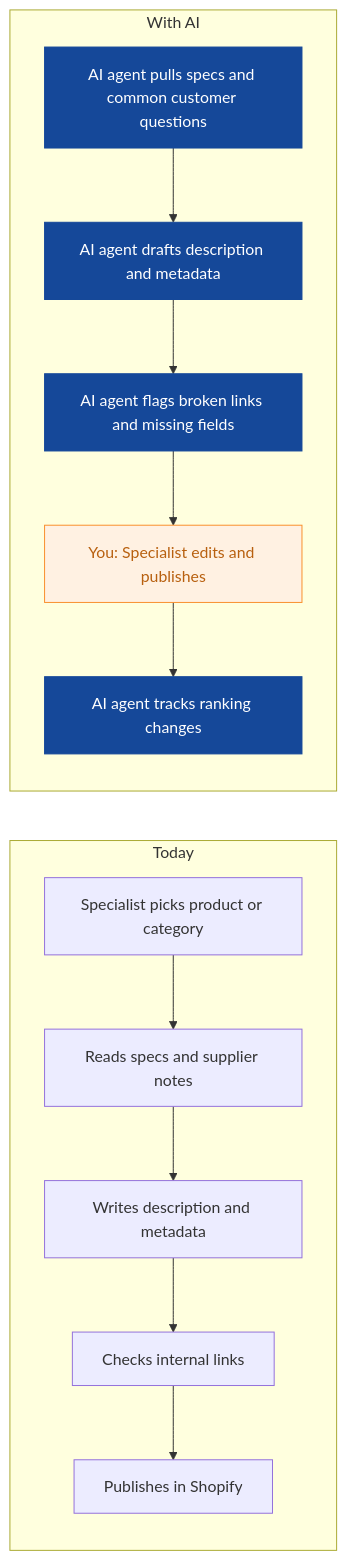
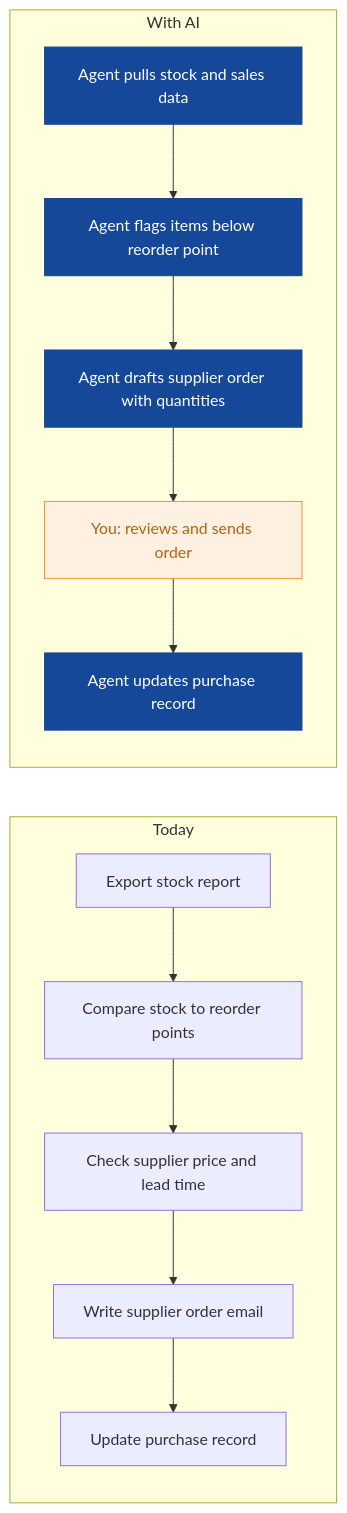
One commit to nexibeo/Complete-AI-Strategy changed the fifth of 8 diagrams in strategies/tidewell-outdoor.md. Above: the diagram before and after it, drawn with Mermaid. The commit also changed other lines of this file and 26 other files, not shown here.

````diff
--- a/strategies/tidewell-outdoor.md
+++ b/strategies/tidewell-outdoor.md
@@ -191,23 +168,23 @@
 ```mermaid
 flowchart LR
   subgraph Today
-    B0["Specialist picks product or category"]
-    B1["Reads specs and supplier notes"]
-    B2["Writes description and metadata"]
-    B3["Checks internal links"]
-    B4["Publishes in Shopify"]
+    B0["Export stock report"]
+    B1["Compare stock to reorder points"]
+    B2["Check supplier price and lead time"]
+    B3["Write supplier order email"]
+    B4["Update purchase record"]
     B0 --> B1 --> B2 --> B3 --> B4
   end
   subgraph WithAI[With AI]
-    A0["AI agent pulls specs and common customer questions"]
-    A1["AI agent drafts description and metadata"]
-    A2["AI agent flags broken links and missing fields"]
-    A3["You: Specialist edits and publishes"]
-    A4["AI agent tracks ranking changes"]
+    A0["Agent pulls stock and sales data"]
+    A1["Agent flags items below reorder point"]
+    A2["Agent drafts supplier order with quantities"]
+    A3["You: reviews and sends order"]
+    A4["Agent updates purchase record"]
     A0 --> A1 --> A2 --> A3 --> A4
   end
   classDef ai fill:#154899,color:#fff,stroke:#154899
   classDef human fill:#FFF1E2,color:#B8600F,stroke:#F98F2C
   class A0,A1,A2,A4 ai
   class A3 human
 ```
````
